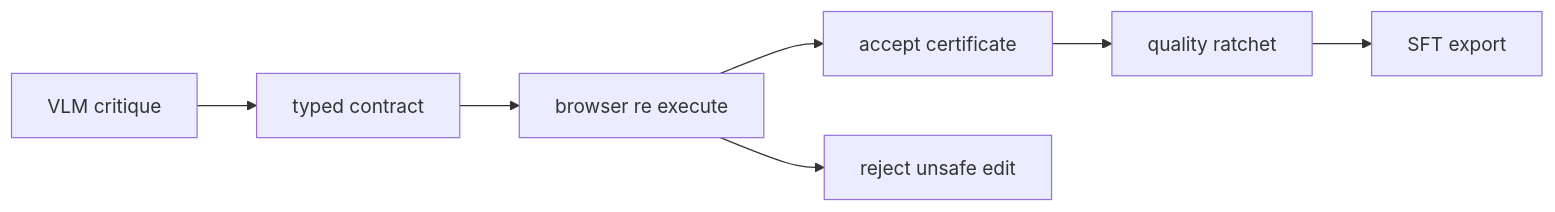
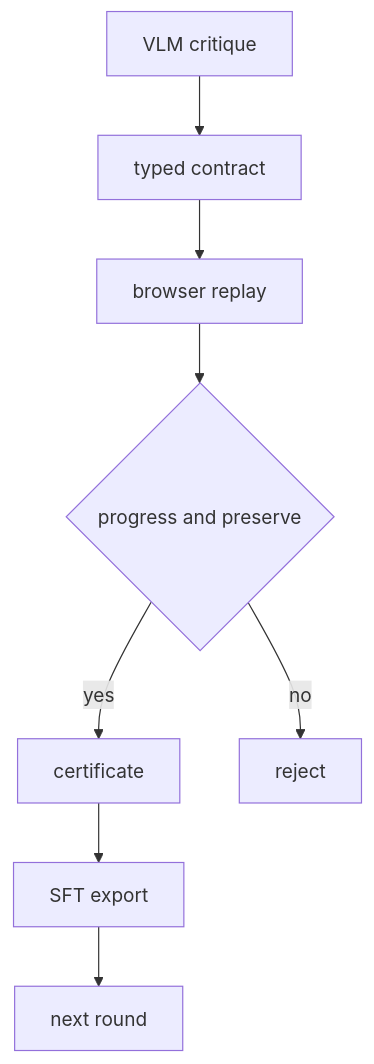
Before and after one commit to Solvement/jarvis-digest: the seventh of 18 diagrams in digests/2026-09-02.md, drawn with Mermaid. The commit also changed other lines of this file and 4 other files, not shown here.

````diff
--- a/digests/2026-09-02.md
+++ b/digests/2026-09-02.md
@@ -197,9 +195,10 @@
 ```mermaid
-graph LR
+graph TD
 A[VLM critique] --> B[typed contract]
-B --> C[browser re execute]
-C --> D[accept certificate]
-D --> E[quality ratchet]
-E --> F[SFT export]
-C --> G[reject unsafe edit]
+B --> C[browser replay]
+C --> D{progress and preserve}
+D -->|yes| E[certificate]
+D -->|no| F[reject]
+E --> G[SFT export]
+G --> H[next round]
 ```
````
